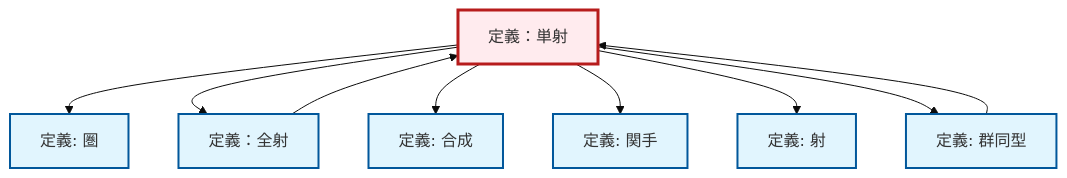
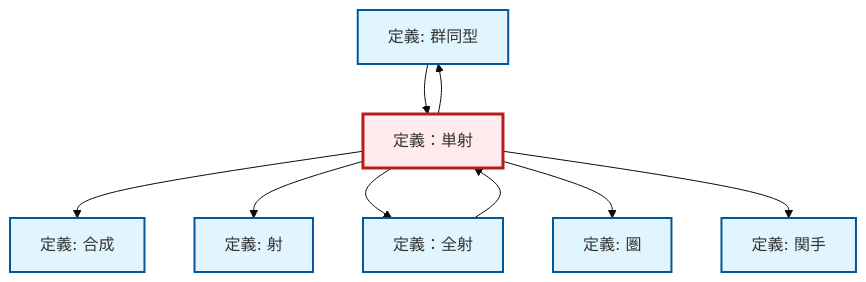
The diagram in content/ja/category-theory/def-monomorphism.qmd (RK0429/ModernMath), drawn with Mermaid (base theme) before and after one commit. The commit also changed other lines of this file and 1012 other files, not shown here.

````diff
--- a/content/ja/category-theory/def-monomorphism.qmd
+++ b/content/ja/category-theory/def-monomorphism.qmd
@@ -96,31 +96,31 @@
 ```{mermaid}
 %%| fig-cap: "Local dependency graph"
 graph TD
     classDef definition fill:#e1f5fe,stroke:#01579b,stroke-width:2px
     classDef theorem fill:#f3e5f5,stroke:#4a148c,stroke-width:2px
     classDef axiom fill:#fff3e0,stroke:#e65100,stroke-width:2px
     classDef example fill:#e8f5e9,stroke:#1b5e20,stroke-width:2px
     classDef current fill:#ffebee,stroke:#b71c1c,stroke-width:3px
-    def-monomorphism["定義：単射"]:::definition
-    def-category["定義: 圏"]:::definition
-    def-epimorphism["定義：全射"]:::definition
     def-isomorphism["定義: 群同型"]:::definition
     def-composition["定義: 合成"]:::definition
+    def-category["定義: 圏"]:::definition
+    def-monomorphism["定義：単射"]:::definition
+    def-functor["定義: 関手"]:::definition
     def-morphism["定義: 射"]:::definition
-    def-functor["定義: 関手"]:::definition
+    def-epimorphism["定義：全射"]:::definition
+    def-monomorphism --> def-composition
+    def-monomorphism --> def-morphism
+    def-monomorphism --> def-isomorphism
+    def-isomorphism --> def-monomorphism
+    def-epimorphism --> def-monomorphism
+    def-monomorphism --> def-epimorphism
     def-monomorphism --> def-category
-    def-monomorphism --> def-epimorphism
-    def-monomorphism --> def-composition
     def-monomorphism --> def-functor
-    def-monomorphism --> def-morphism
-    def-isomorphism --> def-monomorphism
-    def-monomorphism --> def-isomorphism
-    def-epimorphism --> def-monomorphism
     class def-monomorphism current
-    click def-category "def-category.html" "圏の定義へ"
-    click def-epimorphism "def-epimorphism.html" "定義：全射へ"
     click def-isomorphism "def-isomorphism.html" "群同型の定義へ"
     click def-composition "def-composition.html" "合成の定義へ"
+    click def-category "def-category.html" "圏の定義へ"
+    click def-functor "def-functor.html" "関手の定義へ"
     click def-morphism "def-morphism.html" "射の定義へ"
-    click def-functor "def-functor.html" "関手の定義へ"
+    click def-epimorphism "def-epimorphism.html" "定義：全射へ"
 ```
````
